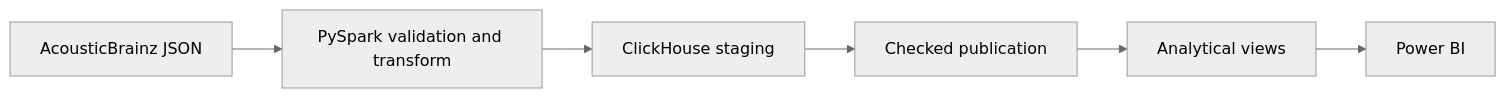
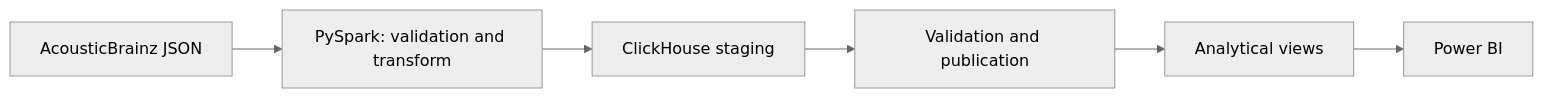
The diagram in README.md (kaleidostop/music-analytics), drawn with Mermaid (neutral theme) before and after one commit. The commit also changed other lines of this file and 30 other files, not shown here.

````diff
--- a/README.md
+++ b/README.md
@@ -34,8 +25,8 @@
 ```mermaid
 flowchart LR
-    A[AcousticBrainz JSON] --> B[PySpark validation and transform]
+    A[AcousticBrainz JSON] --> B[PySpark: validation and transform]
     B --> C[ClickHouse staging]
-    C --> D[Checked publication]
+    C --> D[Validation and publication]
     D --> E[Analytical views]
     E --> F[Power BI]
 ```
````
